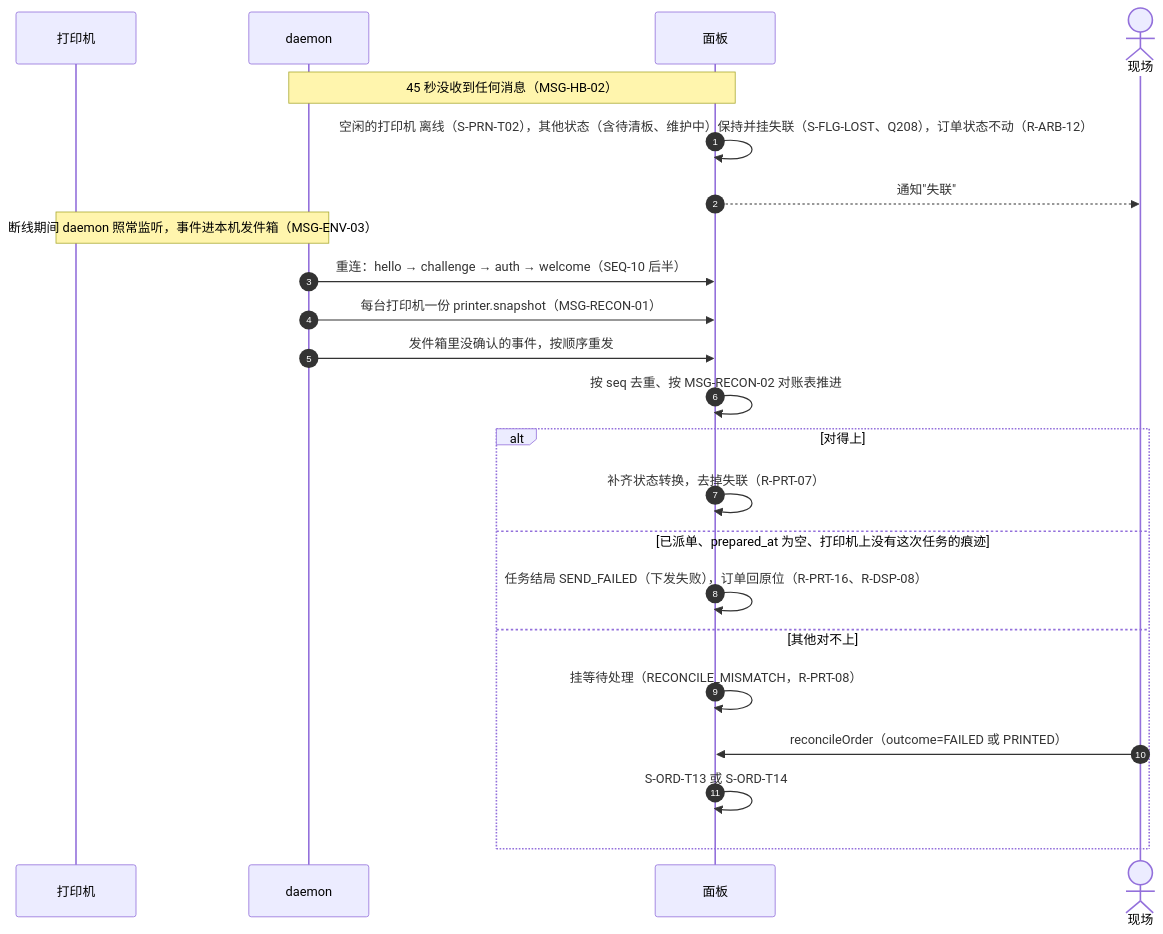
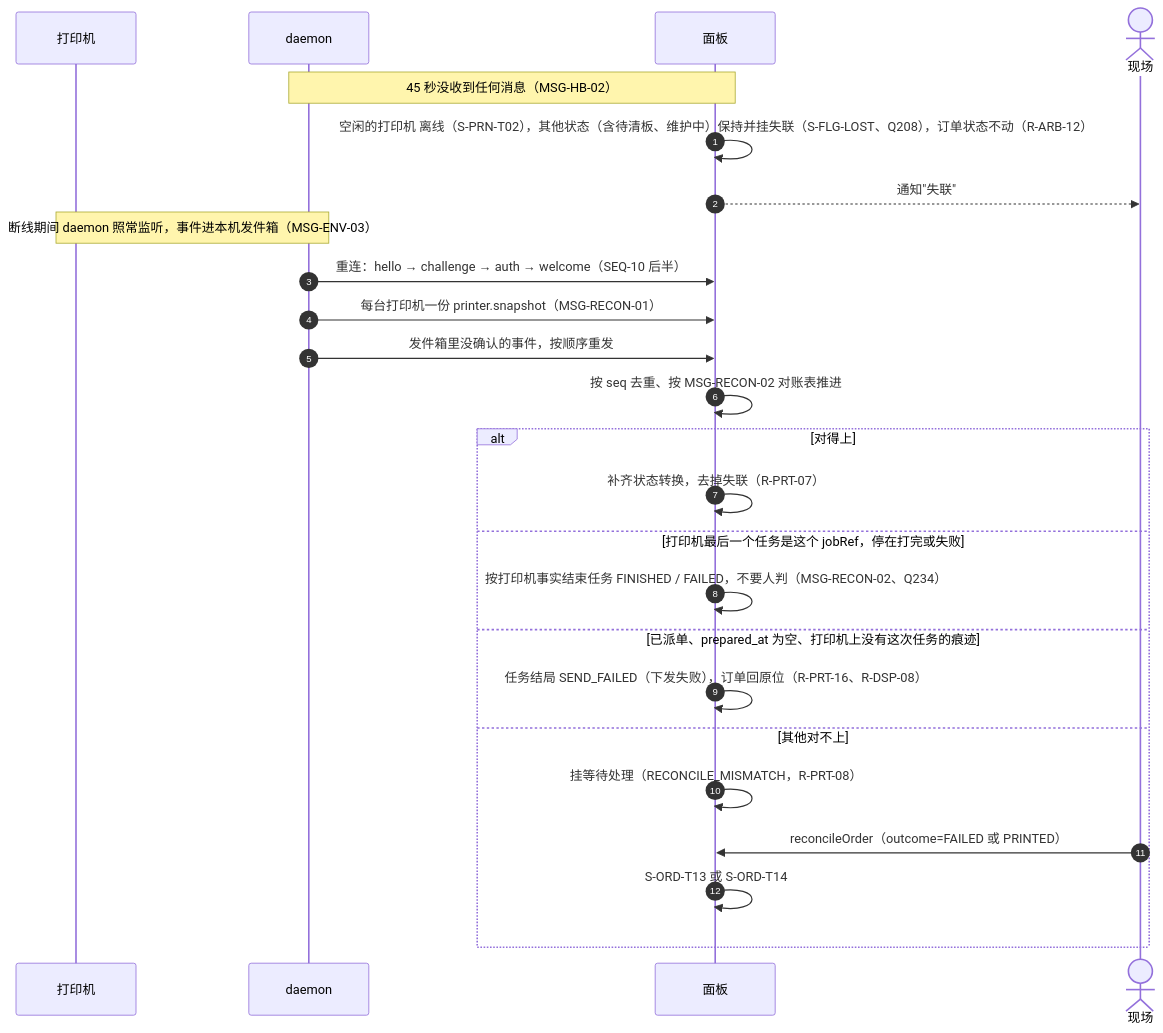
The sixth of 11 diagrams in docs/design/03-sequences.md (PlateRelay/PlateRelay), drawn with Mermaid before and after one commit.

Commit message:
docs(design): reconcile by printer end state in reconcile sequence
Claude-Session: https://claude.ai/code/session_012TmsB2UUV3GMJ8Hk98n5y7

````diff
--- a/docs/design/03-sequences.md
+++ b/docs/design/03-sequences.md
@@ -247,25 +247,27 @@
 ```mermaid
 sequenceDiagram
   autonumber
   participant R as 打印机
   participant D as daemon
   participant P as 面板
   actor S as 现场
   Note over D,P: 45 秒没收到任何消息（MSG-HB-02）
   P->>P: 空闲的打印机 离线（S-PRN-T02），其他状态（含待清板、维护中）保持并挂失联（S-FLG-LOST、Q208），订单状态不动（R-ARB-12）
   P-->>S: 通知"失联"
   Note over R,D: 断线期间 daemon 照常监听，事件进本机发件箱（MSG-ENV-03）
   D->>P: 重连：hello → challenge → auth → welcome（SEQ-10 后半）
   D->>P: 每台打印机一份 printer.snapshot（MSG-RECON-01）
   D->>P: 发件箱里没确认的事件，按顺序重发
   P->>P: 按 seq 去重、按 MSG-RECON-02 对账表推进
   alt 对得上
     P->>P: 补齐状态转换，去掉失联（R-PRT-07）
+  else 打印机最后一个任务是这个 jobRef，停在打完或失败
+    P->>P: 按打印机事实结束任务 FINISHED / FAILED，不要人判（MSG-RECON-02、Q234）
   else 已派单、prepared_at 为空、打印机上没有这次任务的痕迹
     P->>P: 任务结局 SEND_FAILED（下发失败），订单回原位（R-PRT-16、R-DSP-08）
   else 其他对不上
     P->>P: 挂等待处理（RECONCILE_MISMATCH，R-PRT-08）
     S->>P: reconcileOrder（outcome=FAILED 或 PRINTED）
     P->>P: S-ORD-T13 或 S-ORD-T14
   end
 ```
````
